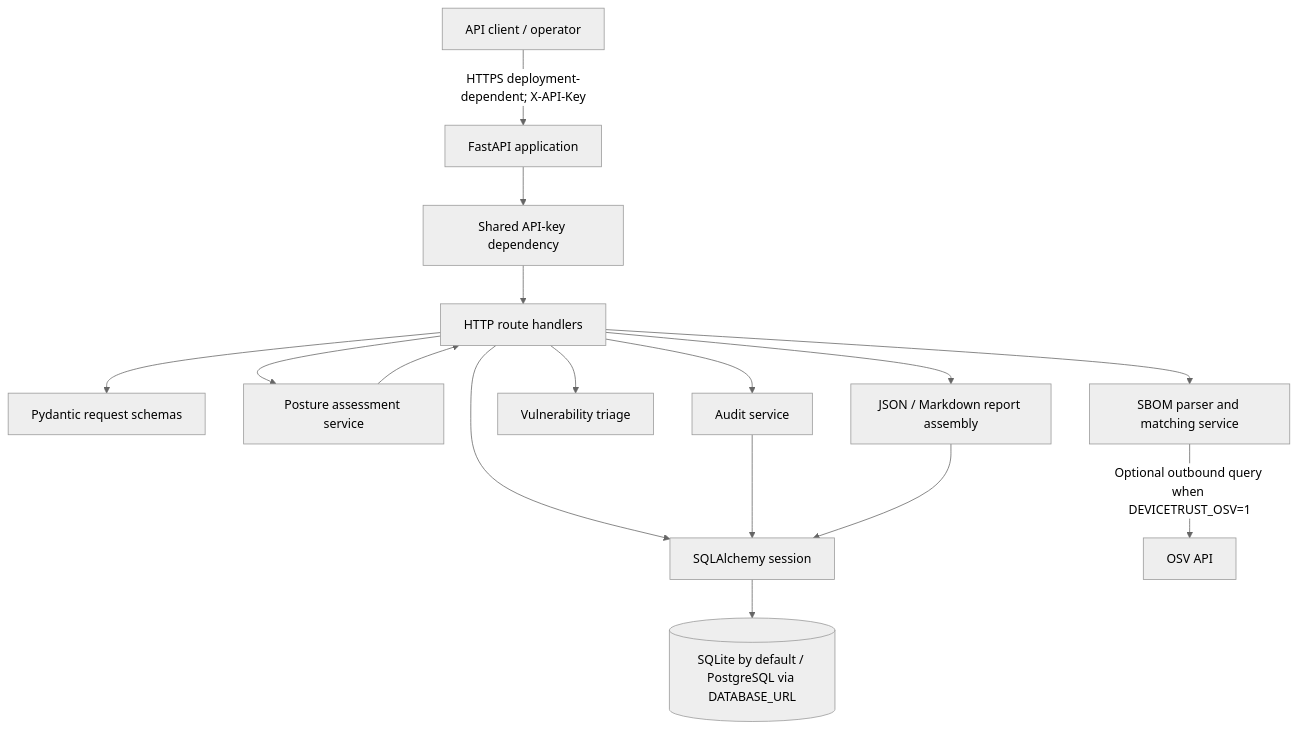
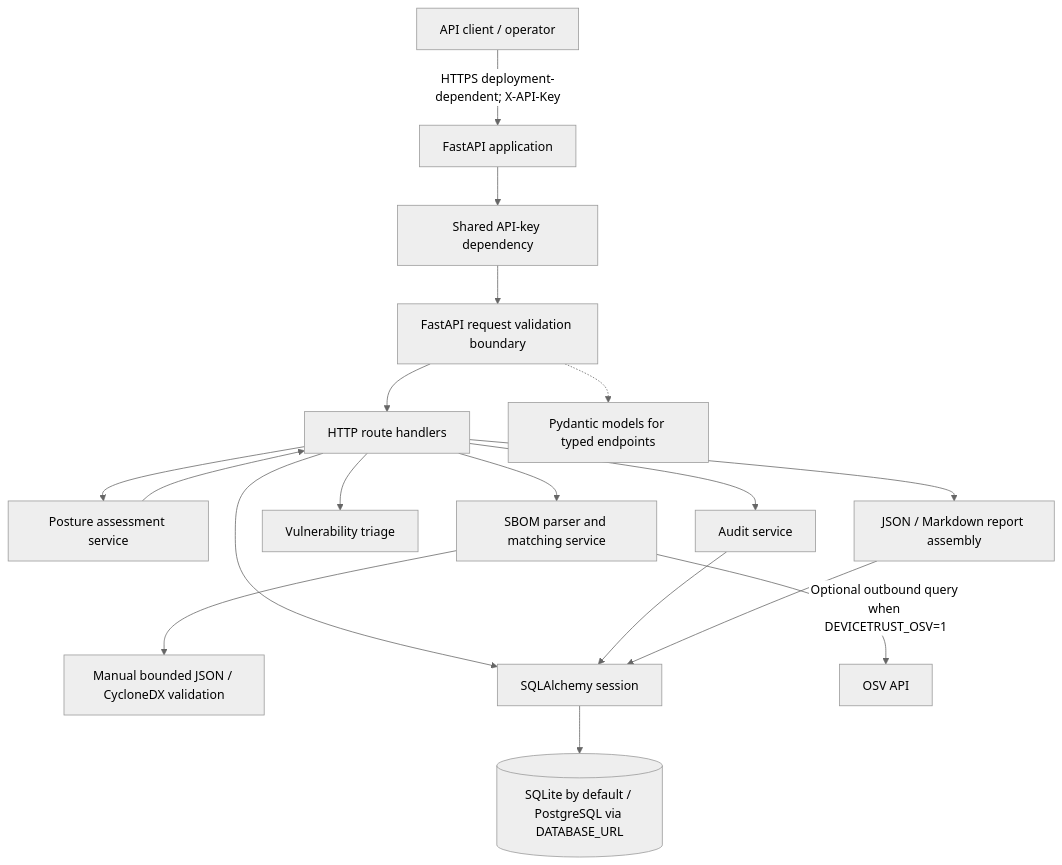
Before and after one commit to silvatechf/DeviceTrust: the first of 6 diagrams in docs/architecture.md, drawn with Mermaid (neutral theme). The commit also changed other lines of this file, not shown here.

Commit message:
docs: clarify API and SBOM validation boundaries

````diff
--- a/docs/architecture.md
+++ b/docs/architecture.md
@@ -9,18 +9,20 @@
 ```mermaid
 flowchart TB
     C["API client / operator"] -->|"HTTPS deployment-dependent; X-API-Key"| API["FastAPI application"]
     API --> AUTH["Shared API-key dependency"]
-    AUTH --> ROUTES["HTTP route handlers"]
-    ROUTES --> SCHEMA["Pydantic request schemas"]
+    AUTH --> VALID["FastAPI request validation boundary"]
+    VALID --> ROUTES["HTTP route handlers"]
+    VALID -.-> SCHEMA["Pydantic models for typed endpoints"]
     ROUTES --> POSTURE["Posture assessment service"]
     ROUTES --> SBOM["SBOM parser and matching service"]
+    SBOM --> SBOMVALID["Manual bounded JSON / CycloneDX validation"]
     ROUTES --> TRIAGE["Vulnerability triage"]
     ROUTES --> AUDIT["Audit service"]
     ROUTES --> REPORT["JSON / Markdown report assembly"]
     ROUTES --> ORM["SQLAlchemy session"]
     POSTURE --> ROUTES
     SBOM -->|"Optional outbound query when DEVICETRUST_OSV=1"| OSV["OSV API"]
     ORM --> DB[("SQLite by default / PostgreSQL via DATABASE_URL")]
     AUDIT --> ORM
     REPORT --> ORM
 ```
````
